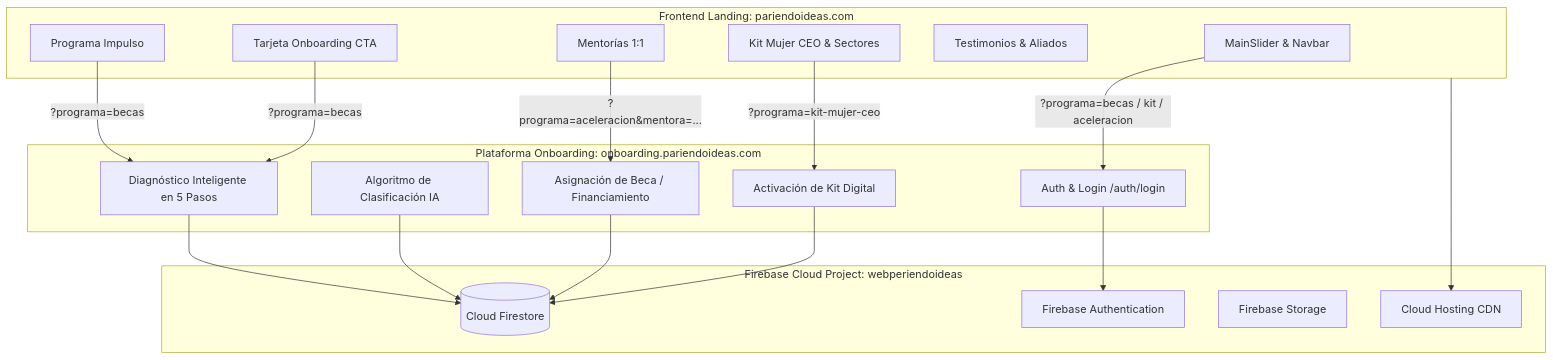
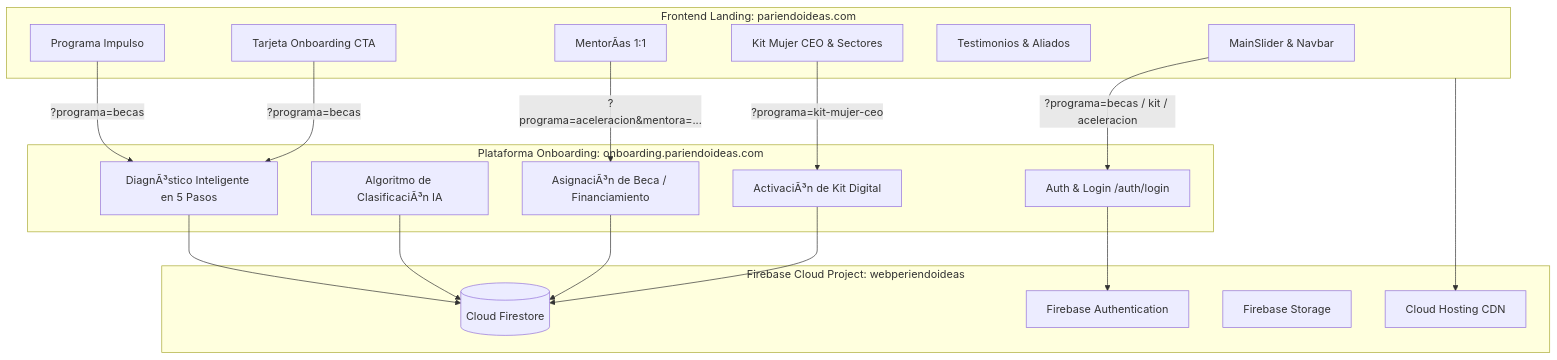
The diagram in PLAN_DE_DESARROLLO_100_PORCIENTO.md (gointeraction/PaginaPariendoideasNew), drawn with Mermaid before and after one commit. The commit also changed other lines of this file and 69 other files, not shown here.

Commit message:
feat: auditoria UX 2026-11-24 — titulos #8E2936, navbar solida, un solo flujo de pasos, Impulso unificado, CTAs 'Solicitar Beca'/'Quiero ser parte', logos en cajas uniformes, beca sin duplicados, convocatoria 2026

````diff
--- a/PLAN_DE_DESARROLLO_100_PORCIENTO.md
+++ b/PLAN_DE_DESARROLLO_100_PORCIENTO.md
@@ -115,39 +115,39 @@
 ```mermaid
 graph TD
     subgraph Landing_PariendoIdeas [Frontend Landing: pariendoideas.com]
         LP1[MainSlider & Navbar]
         LP2[Programa Impulso]
         LP3[Kit Mujer CEO & Sectores]
-        LP4[Mentorías 1:1]
+        LP4[MentorÃ­as 1:1]
         LP5[Testimonios & Aliados]
         LP6[Tarjeta Onboarding CTA]
     end
 
     subgraph Subapp_Onboarding [Plataforma Onboarding: onboarding.pariendoideas.com]
         ON1[Auth & Login /auth/login]
-        ON2[Diagnóstico Inteligente en 5 Pasos]
-        ON3[Algoritmo de Clasificación IA]
-        ON4[Asignación de Beca / Financiamiento]
-        ON5[Activación de Kit Digital]
+        ON2[DiagnÃ³stico Inteligente en 5 Pasos]
+        ON3[Algoritmo de ClasificaciÃ³n IA]
+        ON4[AsignaciÃ³n de Beca / Financiamiento]
+        ON5[ActivaciÃ³n de Kit Digital]
     end
 
     subgraph Backend_Firebase [Firebase Cloud Project: webperiendoideas]
         FB1[(Cloud Firestore)]
         FB2[Firebase Authentication]
         FB3[Firebase Storage]
         FB4[Cloud Hosting CDN]
     end
 
     LP1 -->|?programa=becas / kit / aceleracion| ON1
     LP2 -->|?programa=becas| ON2
     LP3 -->|?programa=kit-mujer-ceo| ON5
     LP4 -->|?programa=aceleracion&mentora=...| ON4
     LP6 -->|?programa=becas| ON2
 
     ON1 --> FB2
     ON2 --> FB1
     ON3 --> FB1
     ON4 --> FB1
     ON5 --> FB1
     Landing_PariendoIdeas --> FB4
 ```
````
